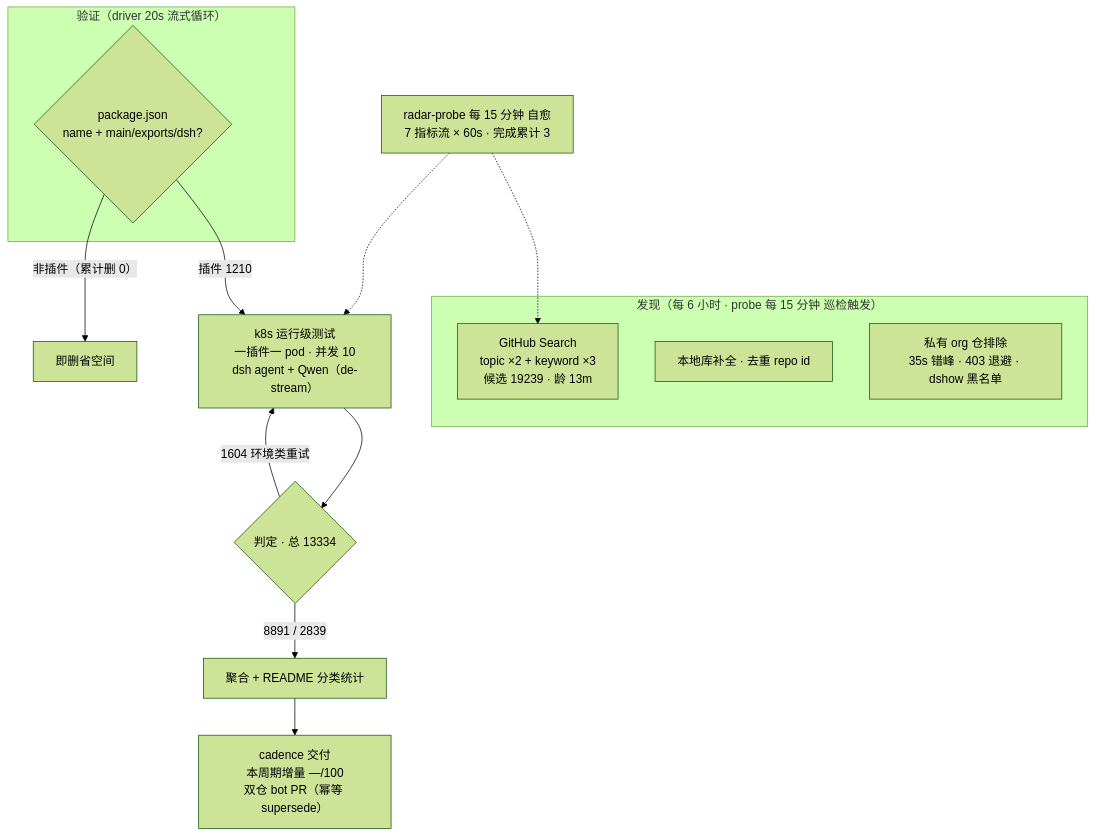
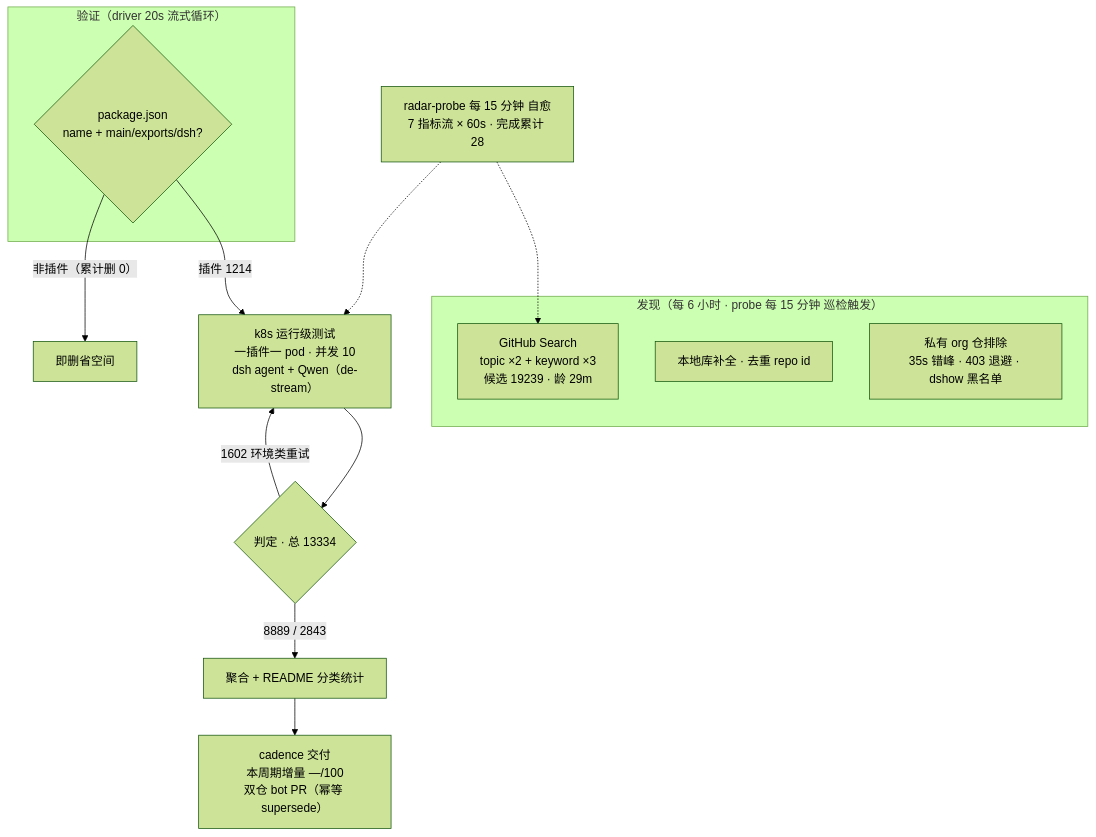
Before and after one commit to Zhidao-Lab-OSS/awesome-dsh-plugins: the diagram in README.md, drawn with Mermaid (forest theme). The commit also changed other lines of this file and 1 other file, not shown here.

````diff
--- a/README.md
+++ b/README.md
@@ -53,20 +54,20 @@
 ```mermaid
 flowchart TB
     subgraph Discovery["发现（每 6 小时 · probe 每 15 分钟 巡检触发）"]
-        A1["GitHub Search<br/>topic ×2 + keyword ×3<br/>候选 19239 · 龄 13m"]
+        A1["GitHub Search<br/>topic ×2 + keyword ×3<br/>候选 19239 · 龄 29m"]
         A2["本地库补全 · 去重 repo id"]
         A3["私有 org 仓排除<br/>35s 错峰 · 403 退避 · dshow 黑名单"]
     end
     subgraph Validation["验证（driver 20s 流式循环）"]
         B1{"package.json<br/>name + main/exports/dsh?"}
     end
-    B1 -->|"插件 1210"| C1["k8s 运行级测试<br/>一插件一 pod · 并发 10<br/>dsh agent + Qwen（de-stream）"]
+    B1 -->|"插件 1214"| C1["k8s 运行级测试<br/>一插件一 pod · 并发 10<br/>dsh agent + Qwen（de-stream）"]
     B1 -->|"非插件（累计删 0）"| B3["即删省空间"]
     C1 --> D1{"判定 · 总 13334"}
-    D1 -->|"8891 / 2839"| E1["聚合 + README 分类统计"]
-    D1 -->|"1604 环境类重试"| C1
+    D1 -->|"8889 / 2843"| E1["聚合 + README 分类统计"]
+    D1 -->|"1602 环境类重试"| C1
     E1 --> E2["cadence 交付<br/>本周期增量 —/100<br/>双仓 bot PR（幂等 supersede）"]
-    M["radar-probe 每 15 分钟 自愈<br/>7 指标流 × 60s · 完成累计 3"]
+    M["radar-probe 每 15 分钟 自愈<br/>7 指标流 × 60s · 完成累计 28"]
     M -.-> A1
     M -.-> C1
 ```
````
